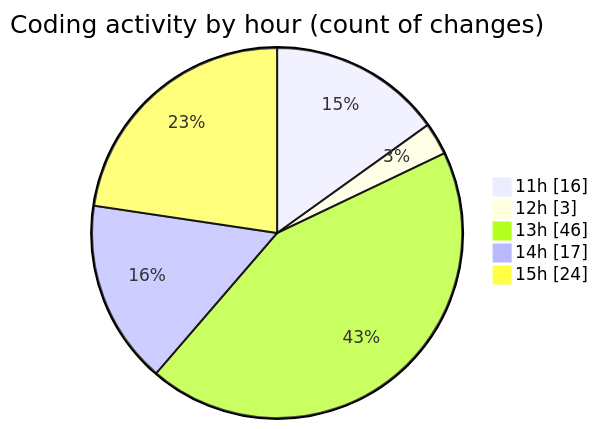
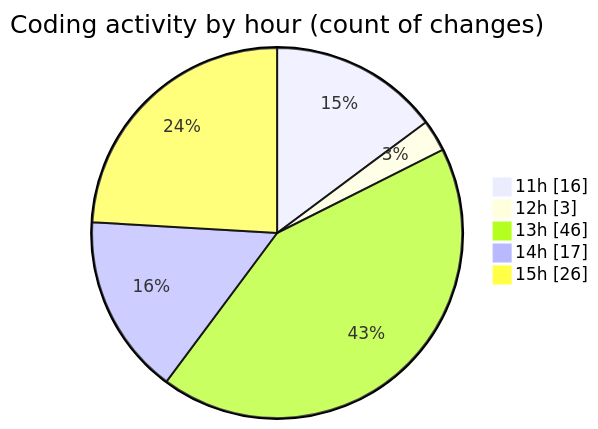
Before and after one commit to nxtqubesakshisongat/code-tracking: the second of 2 diagrams in 2025-07-08/argos/README.md, drawn with Mermaid. The commit also changed other lines of this file and 1 other file, not shown here.

````diff
--- a/2025-07-08/argos/README.md
+++ b/2025-07-08/argos/README.md
@@ -34,9 +34,9 @@
 ```mermaid
 pie showData
 title Coding activity by hour (count of changes)
 "11h" : 16
 "12h" : 3
 "13h" : 46
 "14h" : 17
-"15h" : 24
+"15h" : 26
 ```
````
